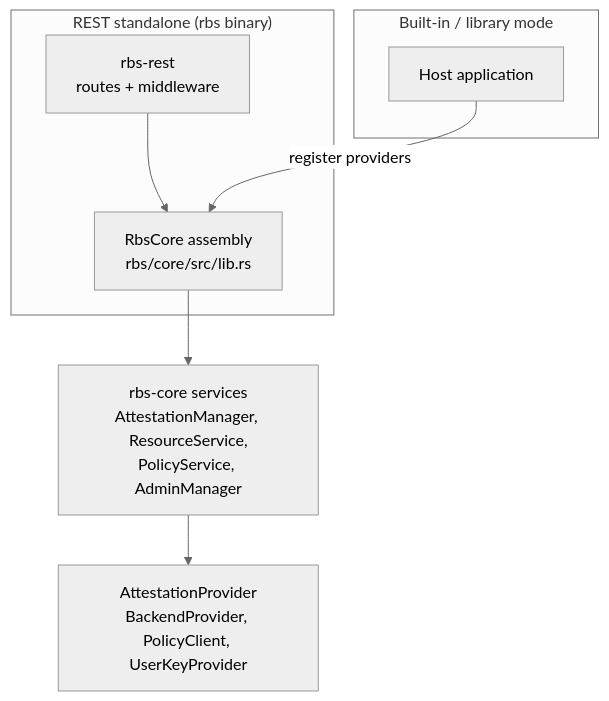
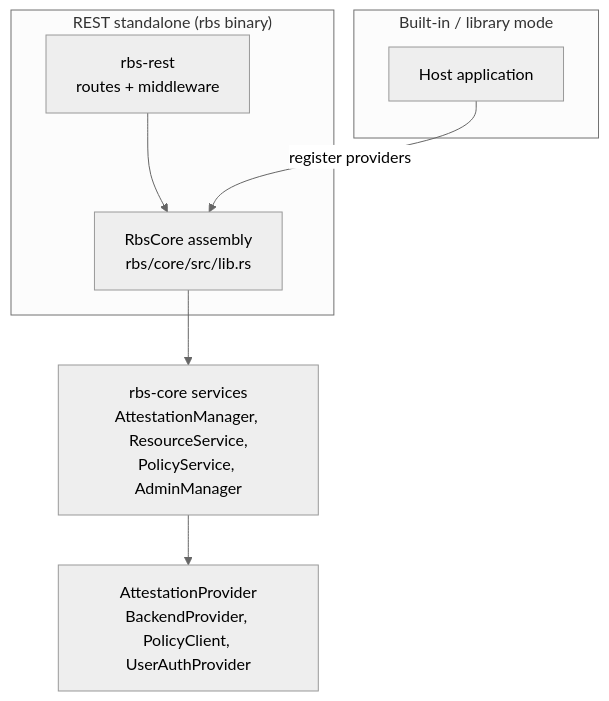
One commit to openeuler-mirror/globaltrustauthority-rbs changed diagram 19 of 19 in docs/design/architecture.md. Above: the diagram before and after it, drawn with Mermaid (neutral theme). The commit also changed other lines of this file and 27 other files, not shown here.

First line of the commit message:
fix(auth): use stored user roles instead of JWT role claims

````diff
--- a/docs/design/architecture.md
+++ b/docs/design/architecture.md
@@ -880,11 +881,11 @@
 ```mermaid
 flowchart TB
     subgraph rest ["REST standalone (rbs binary)"]
         Rest["rbs-rest<br/>routes + middleware"] --> Asm["RbsCore assembly<br/>rbs/core/src/lib.rs"]
     end
     subgraph embedded ["Built-in / library mode"]
         Host["Host application"] -->|"register providers"| Asm
     end
     Asm --> Core["rbs-core services<br/>AttestationManager, ResourceService,<br/>PolicyService, AdminManager"]
-    Core --> Ext["AttestationProvider<br/>BackendProvider, PolicyClient, UserKeyProvider"]
+    Core --> Ext["AttestationProvider<br/>BackendProvider, PolicyClient, UserAuthProvider"]
 ```
````
